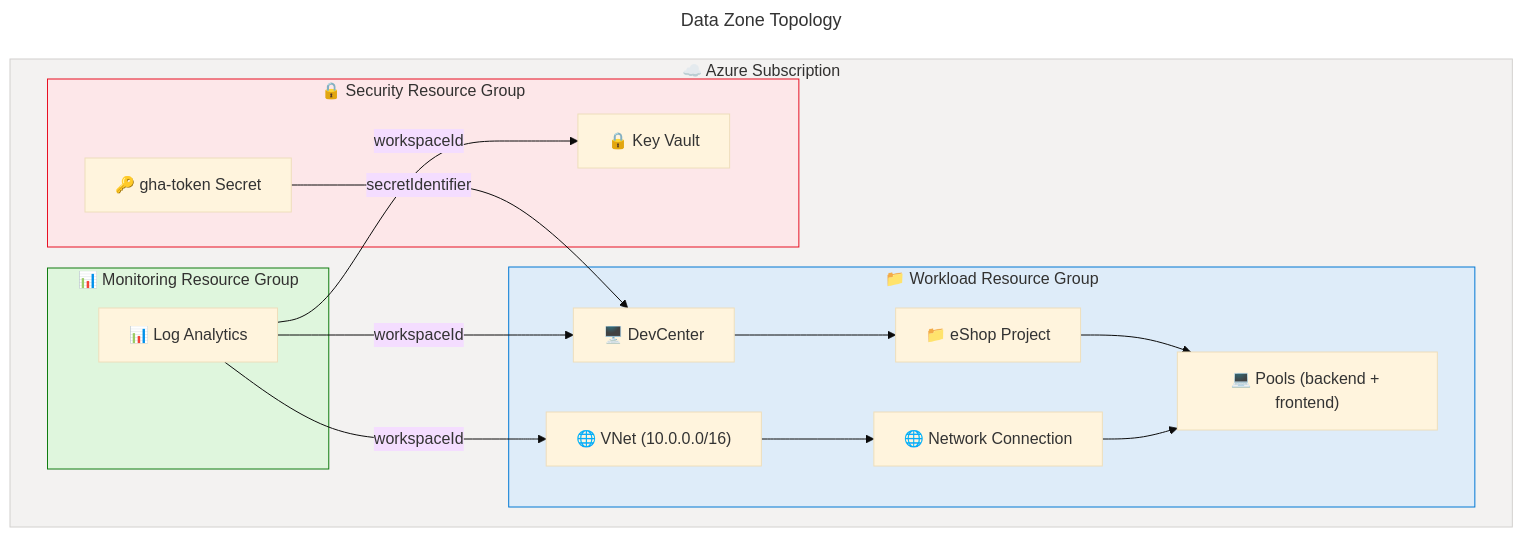
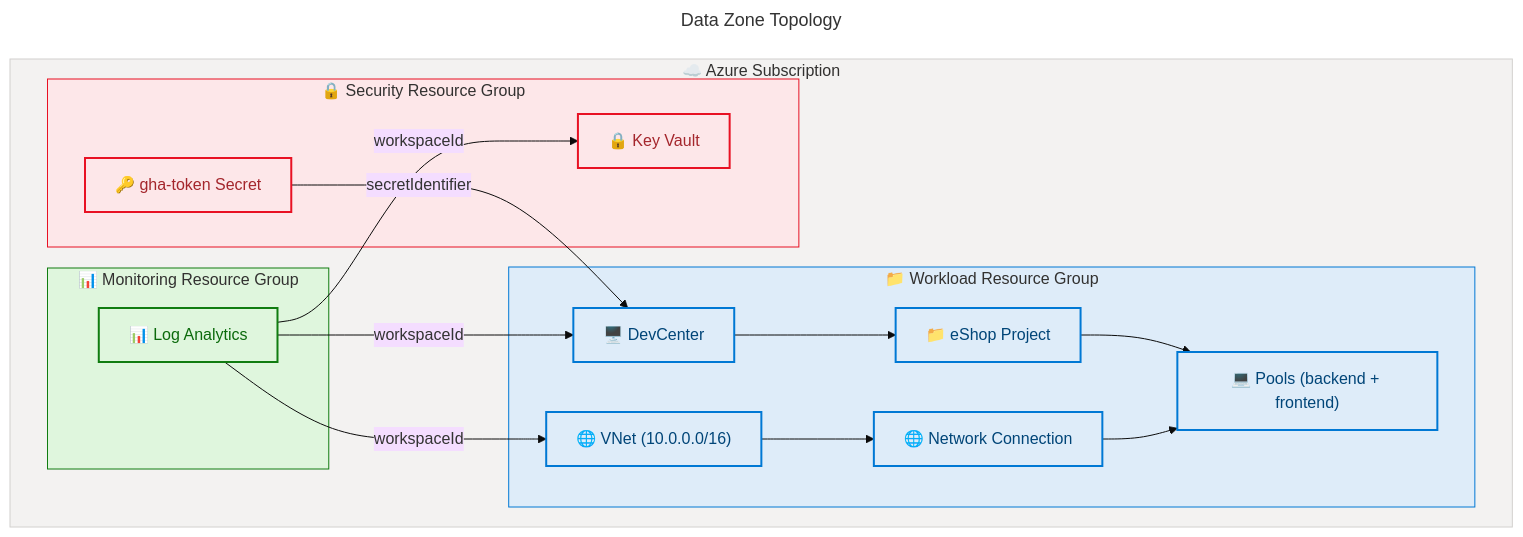
The third of 9 diagrams in docs/architecture/data-architecture.md (Evilazaro/DevExp-DevBox), drawn with Mermaid before and after one commit.

Commit message:
style: enhance flowchart color coding for improved clarity and categorization

````diff
--- a/docs/architecture/data-architecture.md
+++ b/docs/architecture/data-architecture.md
@@ -261,57 +261,61 @@
 ```mermaid
 ---
 title: Data Zone Topology
 config:
   theme: base
   look: classic
   layout: dagre
   themeVariables:
     fontSize: '16px'
 ---
 flowchart TD
     %% ═══════════════════════════════════════════════════════════════════════════
     %% AZURE / FLUENT ARCHITECTURE PATTERN v1.1
     %% (Semantic + Structural + Font + Accessibility Governance)
     %% ═══════════════════════════════════════════════════════════════════════════
     %% PHASE 1 - STRUCTURAL: Direction explicit, flat topology, nesting ≤ 3
     %% PHASE 2 - SEMANTIC: Colors justified, max 5 semantic classes, neutral-first
     %% PHASE 3 - FONT: Dark text on light backgrounds, contrast ≥ 4.5:1
     %% PHASE 4 - ACCESSIBILITY: accTitle/accDescr present, icons on all nodes
     %% PHASE 5 - STANDARD: Governance block present, classDefs centralized
     %% ═══════════════════════════════════════════════════════════════════════════
 
     accTitle: Data Zone Topology
     accDescr: Azure Landing Zone segregation showing data assets distributed across workload, security, and monitoring resource groups
 
     subgraph SUB["☁️ Azure Subscription"]
         subgraph WRG["📁 Workload Resource Group"]
-            DC["🖥️ DevCenter"]
-            PR["📁 eShop Project"]
-            PL["💻 Pools (backend + frontend)"]
-            NC["🌐 Network Connection"]
-            VN["🌐 VNet (10.0.0.0/16)"]
+            DC["🖥️ DevCenter"]:::core
+            PR["📁 eShop Project"]:::core
+            PL["💻 Pools (backend + frontend)"]:::core
+            NC["🌐 Network Connection"]:::core
+            VN["🌐 VNet (10.0.0.0/16)"]:::core
         end
         style WRG fill:#DEECF9,stroke:#0078D4,color:#323130
 
         subgraph SRG["🔒 Security Resource Group"]
-            KV["🔒 Key Vault"]
-            SC["🔑 gha-token Secret"]
+            KV["🔒 Key Vault"]:::danger
+            SC["🔑 gha-token Secret"]:::danger
         end
         style SRG fill:#FDE7E9,stroke:#E81123,color:#323130
 
         subgraph MRG["📊 Monitoring Resource Group"]
-            LA["📊 Log Analytics"]
+            LA["📊 Log Analytics"]:::success
         end
         style MRG fill:#DFF6DD,stroke:#107C10,color:#323130
     end
     style SUB fill:#F3F2F1,stroke:#D2D0CE,color:#323130
 
     LA -->|"workspaceId"| KV
     LA -->|"workspaceId"| DC
     LA -->|"workspaceId"| VN
     SC -->|"secretIdentifier"| DC
     VN --> NC
     NC --> PL
     DC --> PR
     PR --> PL
+
+    classDef core fill:#DEECF9,stroke:#0078D4,stroke-width:2px,color:#004578
+    classDef danger fill:#FDE7E9,stroke:#E81123,stroke-width:2px,color:#A4262C
+    classDef success fill:#DFF6DD,stroke:#107C10,stroke-width:2px,color:#0B6A0B
 ```
````
